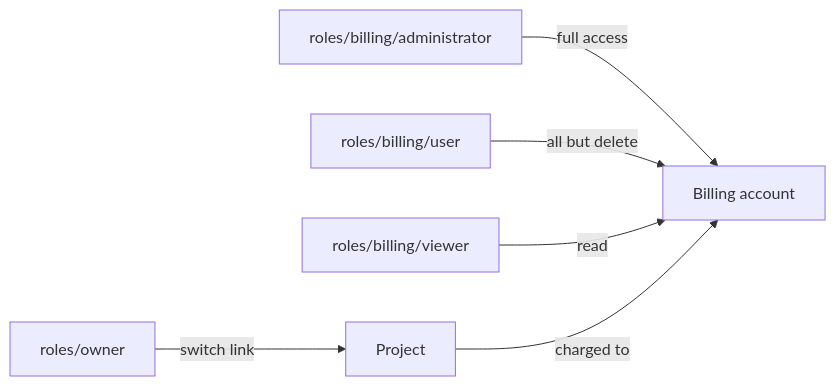
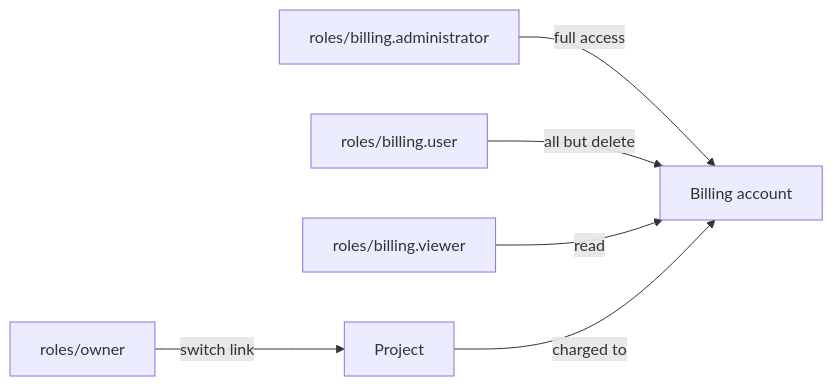
One commit to origincloudhq/docs changed the diagram in docs/platform/billing/billing-access.md. Above: the diagram before and after it, drawn with Mermaid. The commit also changed other lines of this file and 94 other files, not shown here.

````diff
--- a/docs/platform/billing/billing-access.md
+++ b/docs/platform/billing/billing-access.md
@@ -18,10 +18,10 @@
 ```mermaid
 flowchart LR
   accTitle: Who can manage a billing account
   accDescr: The billing administrator, billing user and billing viewer roles give access to billing accounts. The Owner role has no access to billing accounts, but can switch which billing account a project is charged to.
-  admin["roles/billing/administrator"] -->|full access| ba[Billing account]
-  user["roles/billing/user"] -->|all but delete| ba
-  viewer["roles/billing/viewer"] -->|read| ba
+  admin["roles/billing.administrator"] -->|full access| ba[Billing account]
+  user["roles/billing.user"] -->|all but delete| ba
+  viewer["roles/billing.viewer"] -->|read| ba
   owner["roles/owner"] -->|switch link| proj[Project]
   proj -->|charged to| ba
 ```
````
